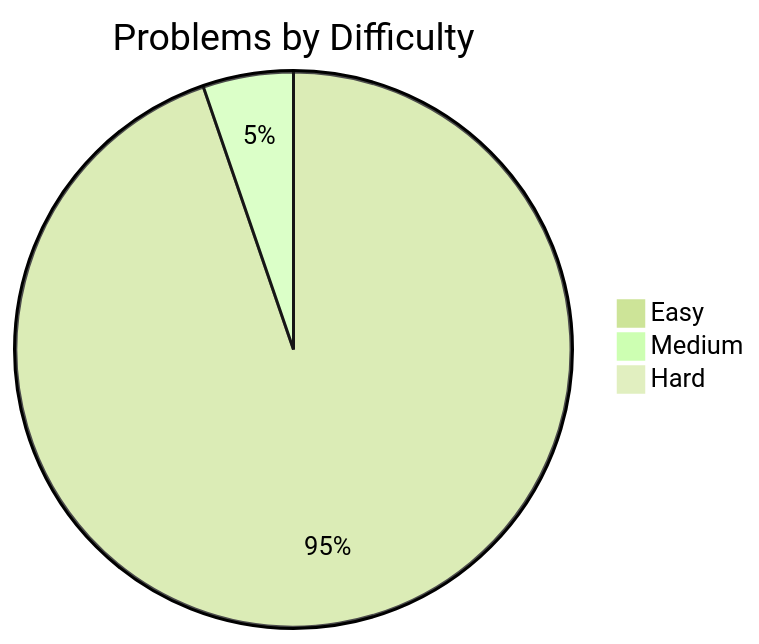
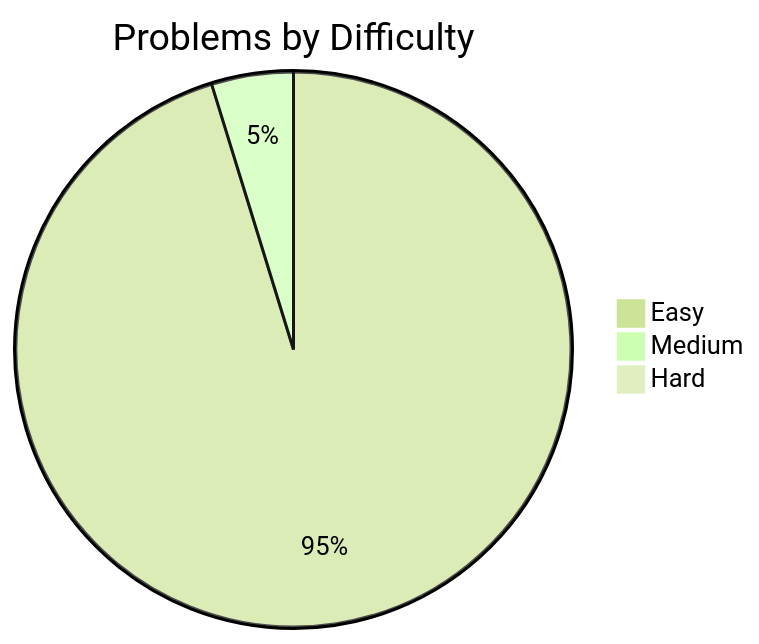
One commit to davelin18yufan/leetcode-journal changed the diagram in README.md. Above: the diagram before and after it, drawn with Mermaid (forest theme). The commit also changed other lines of this file and 4 other files, not shown here.

````diff
--- a/README.md
+++ b/README.md
@@ -9,7 +9,7 @@
 ```mermaid
 pie
     title Problems by Difficulty
-    "Easy" : 18
+    "Easy" : 20
     "Medium" : 1
     "Hard" : 0
 ```
````
